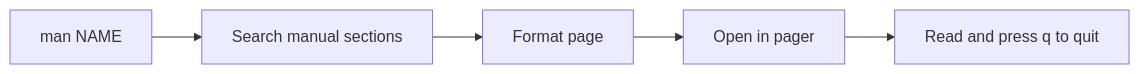
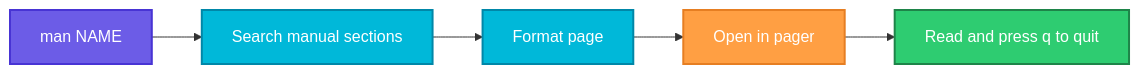
One commit to codeKerdosTech/DevOps-Documentation changed the diagram in linux/shell-basics/man.md. Above: the diagram before and after it, drawn with Mermaid. The commit also changed 16 other files, not shown here.

````diff
--- a/linux/shell-basics/man.md
+++ b/linux/shell-basics/man.md
@@ -14,7 +14,18 @@
 ```mermaid
 flowchart LR
     A[man NAME] --> B[Search manual sections]
     B --> C[Format page]
     C --> D[Open in pager]
     D --> E[Read and press q to quit]
+    classDef start fill:#6C5CE7,stroke:#4834D4,stroke-width:2px,color:#fff
+    classDef proc fill:#00B8D9,stroke:#0087A8,stroke-width:2px,color:#fff
+    classDef dec fill:#FFC312,stroke:#E1A100,stroke-width:2px,color:#222
+    classDef ok fill:#2ECC71,stroke:#1E8449,stroke-width:2px,color:#fff
+    classDef err fill:#FF4757,stroke:#C0392B,stroke-width:2px,color:#fff
+    classDef out fill:#FD79A8,stroke:#E84393,stroke-width:2px,color:#fff
+    classDef alt fill:#FF9F43,stroke:#E67E22,stroke-width:2px,color:#fff
+    class A start
+    class B,C proc
+    class D alt
+    class E ok
 ```
````
